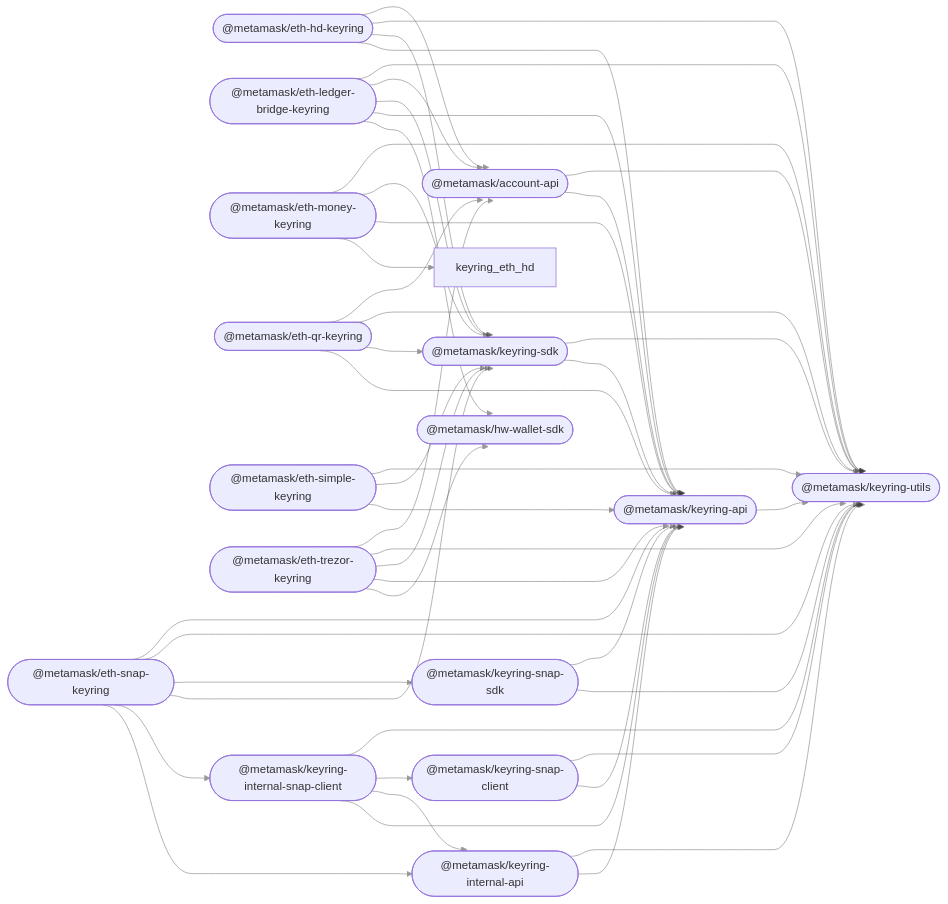
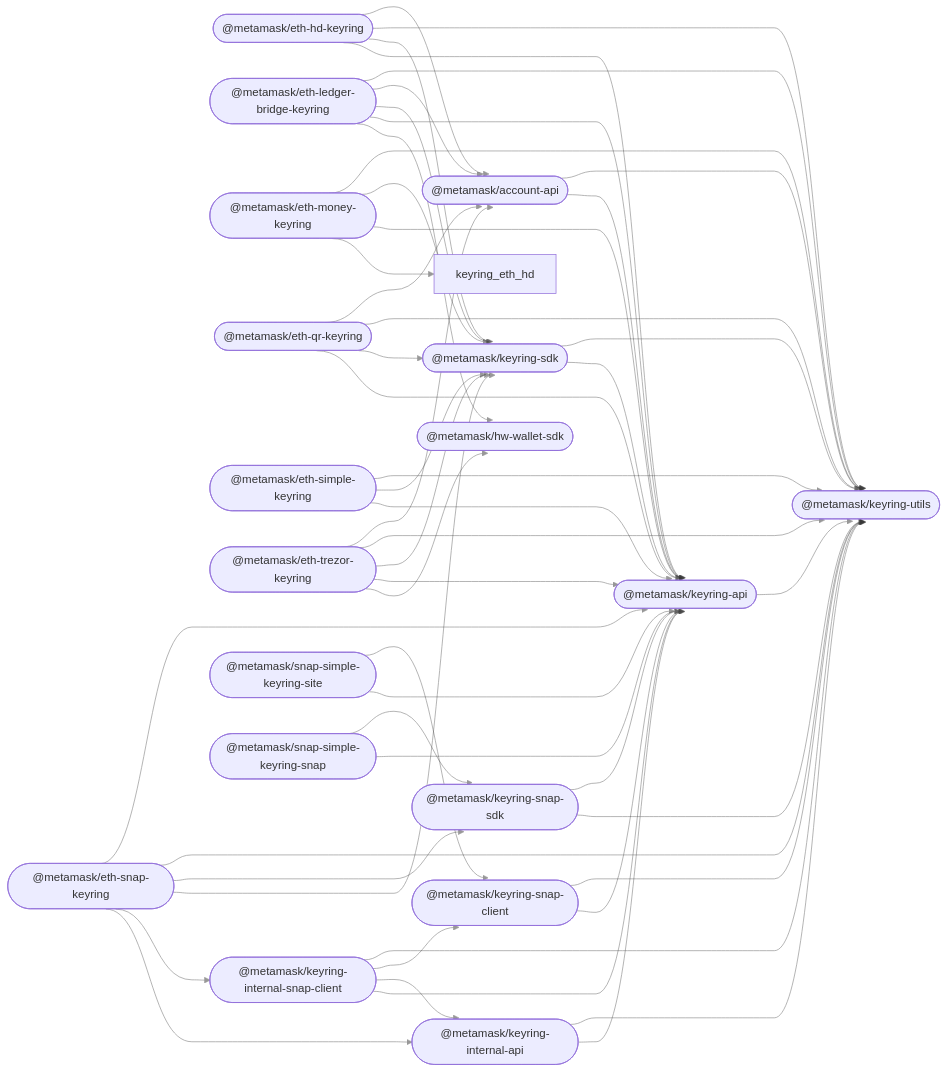
One commit to MetaMask/accounts changed the diagram in README.md. Above: the diagram before and after it, drawn with Mermaid. The commit also changed other lines of this file, not shown here.

Commit message:
docs: update README with snap-simple-keyring packages

````diff
--- a/README.md
+++ b/README.md
@@ -44,67 +46,73 @@
 ```mermaid
 %%{ init: { 'flowchart': { 'curve': 'bumpX' } } }%%
 graph LR;
 linkStyle default opacity:0.5
   account_api(["@metamask/account-api"]);
   hw_wallet_sdk(["@metamask/hw-wallet-sdk"]);
   keyring_api(["@metamask/keyring-api"]);
   eth_hd_keyring(["@metamask/eth-hd-keyring"]);
   eth_ledger_bridge_keyring(["@metamask/eth-ledger-bridge-keyring"]);
   eth_money_keyring(["@metamask/eth-money-keyring"]);
   eth_qr_keyring(["@metamask/eth-qr-keyring"]);
   eth_simple_keyring(["@metamask/eth-simple-keyring"]);
   eth_trezor_keyring(["@metamask/eth-trezor-keyring"]);
   keyring_internal_api(["@metamask/keyring-internal-api"]);
   keyring_internal_snap_client(["@metamask/keyring-internal-snap-client"]);
   keyring_sdk(["@metamask/keyring-sdk"]);
   eth_snap_keyring(["@metamask/eth-snap-keyring"]);
   keyring_snap_client(["@metamask/keyring-snap-client"]);
   keyring_snap_sdk(["@metamask/keyring-snap-sdk"]);
   keyring_utils(["@metamask/keyring-utils"]);
+  snap_simple_keyring_site(["@metamask/snap-simple-keyring-site"]);
+  snap_simple_keyring_snap(["@metamask/snap-simple-keyring-snap"]);
   account_api --> keyring_api;
   account_api --> keyring_utils;
   keyring_api --> keyring_utils;
   eth_hd_keyring --> keyring_api;
   eth_hd_keyring --> keyring_sdk;
   eth_hd_keyring --> keyring_utils;
   eth_hd_keyring --> account_api;
   eth_ledger_bridge_keyring --> hw_wallet_sdk;
   eth_ledger_bridge_keyring --> keyring_api;
   eth_ledger_bridge_keyring --> keyring_sdk;
   eth_ledger_bridge_keyring --> account_api;
   eth_ledger_bridge_keyring --> keyring_utils;
   eth_money_keyring --> keyring_eth_hd;
   eth_money_keyring --> keyring_api;
   eth_money_keyring --> keyring_sdk;
   eth_money_keyring --> keyring_utils;
   eth_qr_keyring --> keyring_api;
   eth_qr_keyring --> keyring_sdk;
   eth_qr_keyring --> keyring_utils;
   eth_qr_keyring --> account_api;
   eth_simple_keyring --> keyring_api;
   eth_simple_keyring --> keyring_sdk;
   eth_simple_keyring --> keyring_utils;
   eth_trezor_keyring --> hw_wallet_sdk;
   eth_trezor_keyring --> keyring_api;
   eth_trezor_keyring --> keyring_sdk;
   eth_trezor_keyring --> keyring_utils;
   eth_trezor_keyring --> account_api;
   keyring_internal_api --> keyring_api;
   keyring_internal_api --> keyring_utils;
   keyring_internal_snap_client --> keyring_api;
   keyring_internal_snap_client --> keyring_internal_api;
   keyring_internal_snap_client --> keyring_snap_client;
   keyring_internal_snap_client --> keyring_utils;
   keyring_sdk --> keyring_api;
   keyring_sdk --> keyring_utils;
   eth_snap_keyring --> keyring_internal_api;
   eth_snap_keyring --> keyring_internal_snap_client;
   eth_snap_keyring --> keyring_sdk;
   eth_snap_keyring --> keyring_snap_sdk;
   eth_snap_keyring --> keyring_utils;
   eth_snap_keyring --> keyring_api;
   keyring_snap_client --> keyring_api;
   keyring_snap_client --> keyring_utils;
   keyring_snap_sdk --> keyring_utils;
   keyring_snap_sdk --> keyring_api;
+  snap_simple_keyring_site --> keyring_api;
+  snap_simple_keyring_site --> keyring_snap_client;
+  snap_simple_keyring_snap --> keyring_api;
+  snap_simple_keyring_snap --> keyring_snap_sdk;
 ```
````
